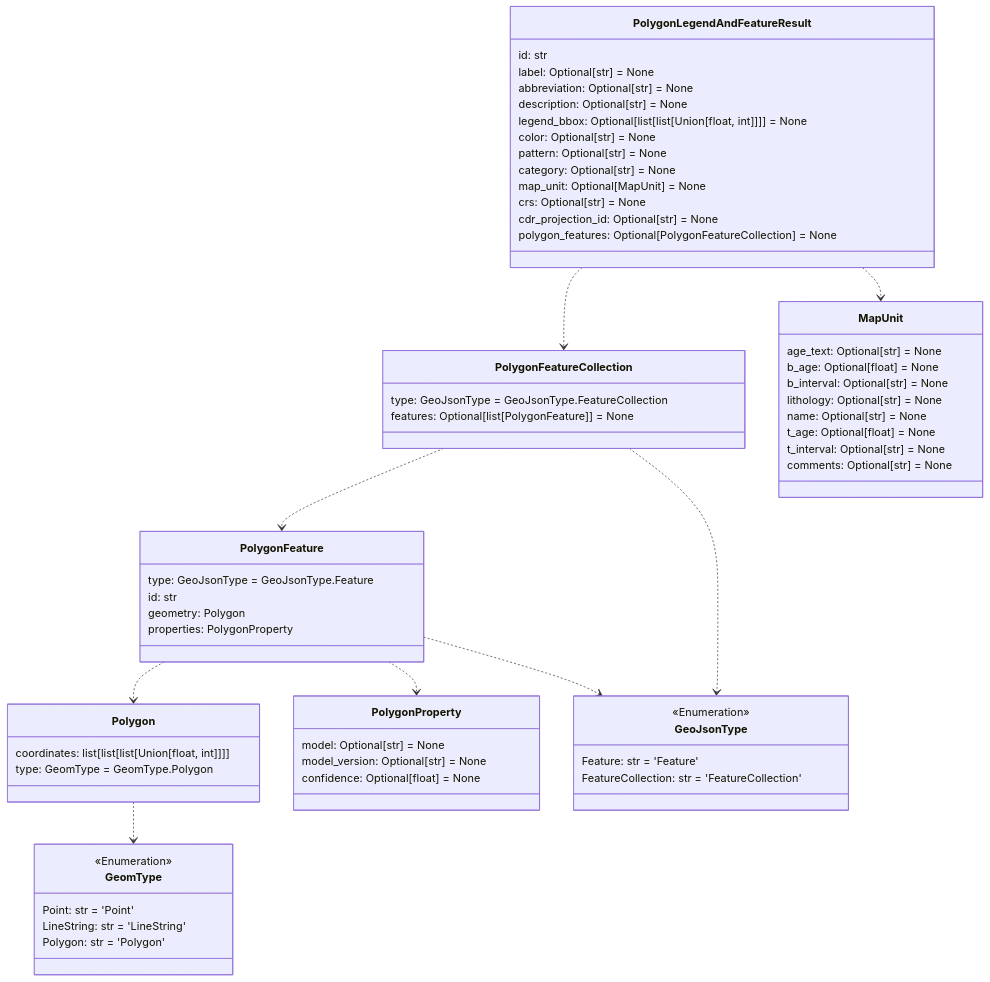
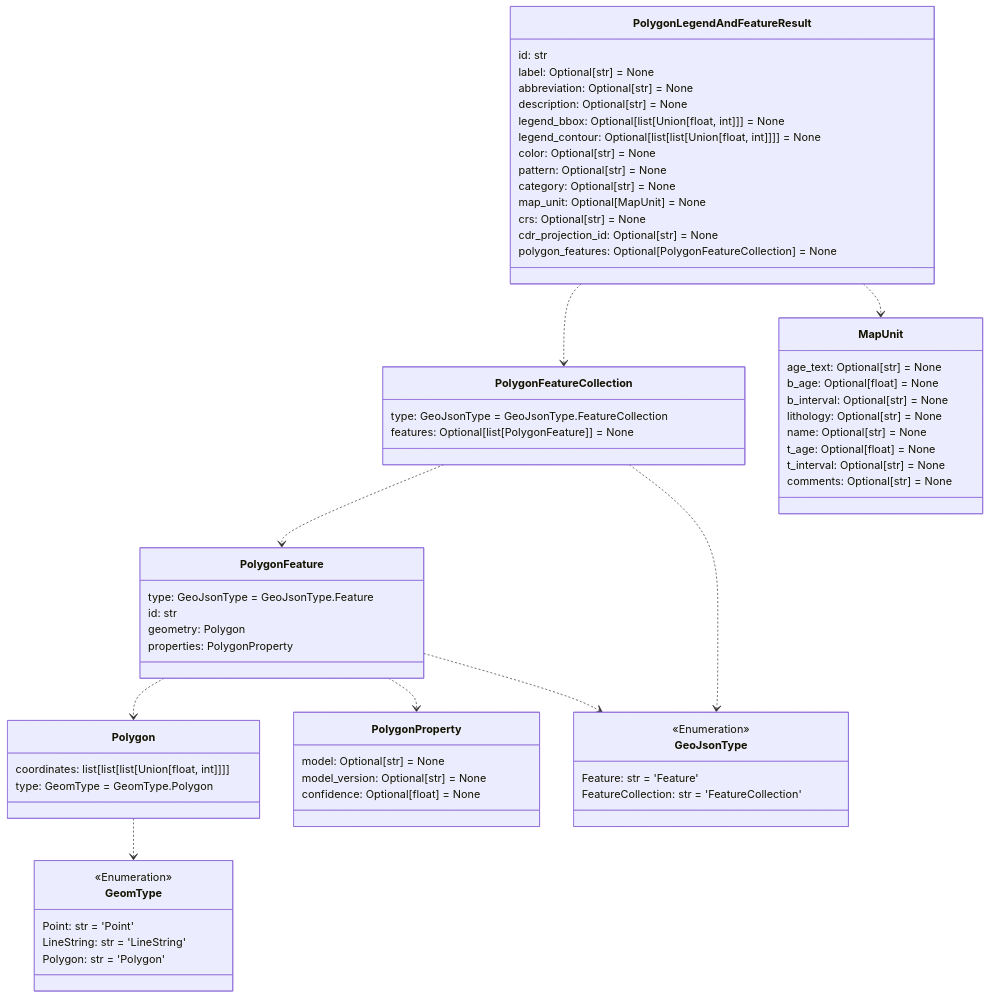
Before and after one commit to DARPA-CRITICALMAAS/cdr_schemas: the seventh of 12 diagrams in README.md, drawn with Mermaid. The commit also changed other lines of this file and 1 other file, not shown here.

````diff
--- a/README.md
+++ b/README.md
@@ -489,76 +490,77 @@
 ```mermaid
 classDiagram
-
-    class GeomType {
-        <<Enumeration>>
-        Point: str = 'Point'
-        LineString: str = 'LineString'
-        Polygon: str = 'Polygon'
-    }
 
     class PolygonLegendAndFeatureResult {
         id: str
         label: Optional[str] = None
         abbreviation: Optional[str] = None
         description: Optional[str] = None
-        legend_bbox: Optional[list[list[Union[float, int]]]] = None
+        legend_bbox: Optional[list[Union[float, int]]] = None
+        legend_contour: Optional[list[list[Union[float, int]]]] = None
         color: Optional[str] = None
         pattern: Optional[str] = None
         category: Optional[str] = None
         map_unit: Optional[MapUnit] = None
         crs: Optional[str] = None
         cdr_projection_id: Optional[str] = None
         polygon_features: Optional[PolygonFeatureCollection] = None
     }
 
     class Polygon {
         coordinates: list[list[list[Union[float, int]]]]
         type: GeomType = GeomType.Polygon
     }
 
+    class PolygonFeature {
+        type: GeoJsonType = GeoJsonType.Feature
+        id: str
+        geometry: Polygon
+        properties: PolygonProperty
+    }
+
     class PolygonFeatureCollection {
         type: GeoJsonType = GeoJsonType.FeatureCollection
         features: Optional[list[PolygonFeature]] = None
+    }
+
+    class GeomType {
+        <<Enumeration>>
+        Point: str = 'Point'
+        LineString: str = 'LineString'
+        Polygon: str = 'Polygon'
     }
 
     class PolygonProperty {
         model: Optional[str] = None
         model_version: Optional[str] = None
         confidence: Optional[float] = None
     }
 
     class MapUnit {
         age_text: Optional[str] = None
         b_age: Optional[float] = None
         b_interval: Optional[str] = None
         lithology: Optional[str] = None
         name: Optional[str] = None
         t_age: Optional[float] = None
         t_interval: Optional[str] = None
         comments: Optional[str] = None
     }
 
     class GeoJsonType {
         <<Enumeration>>
         Feature: str = 'Feature'
         FeatureCollection: str = 'FeatureCollection'
     }
 
-    class PolygonFeature {
-        type: GeoJsonType = GeoJsonType.Feature
-        id: str
-        geometry: Polygon
-        properties: PolygonProperty
-    }
-
     Polygon ..> GeomType
-    PolygonFeature ..> GeoJsonType
     PolygonFeature ..> Polygon
     PolygonFeature ..> PolygonProperty
+    PolygonFeature ..> GeoJsonType
+    PolygonFeatureCollection ..> PolygonFeature
     PolygonFeatureCollection ..> GeoJsonType
-    PolygonFeatureCollection ..> PolygonFeature
     PolygonLegendAndFeatureResult ..> PolygonFeatureCollection
     PolygonLegendAndFeatureResult ..> MapUnit
 
 
 ```
````
